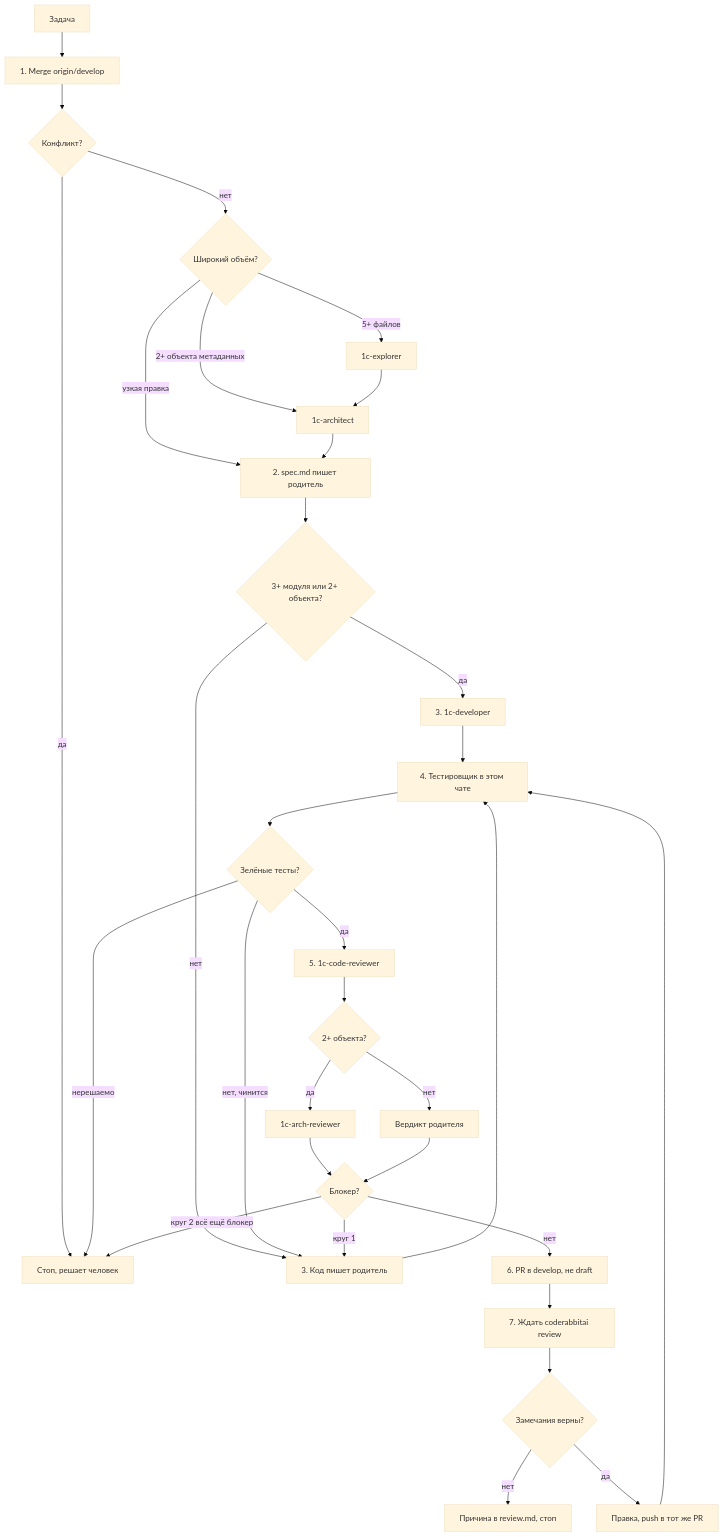
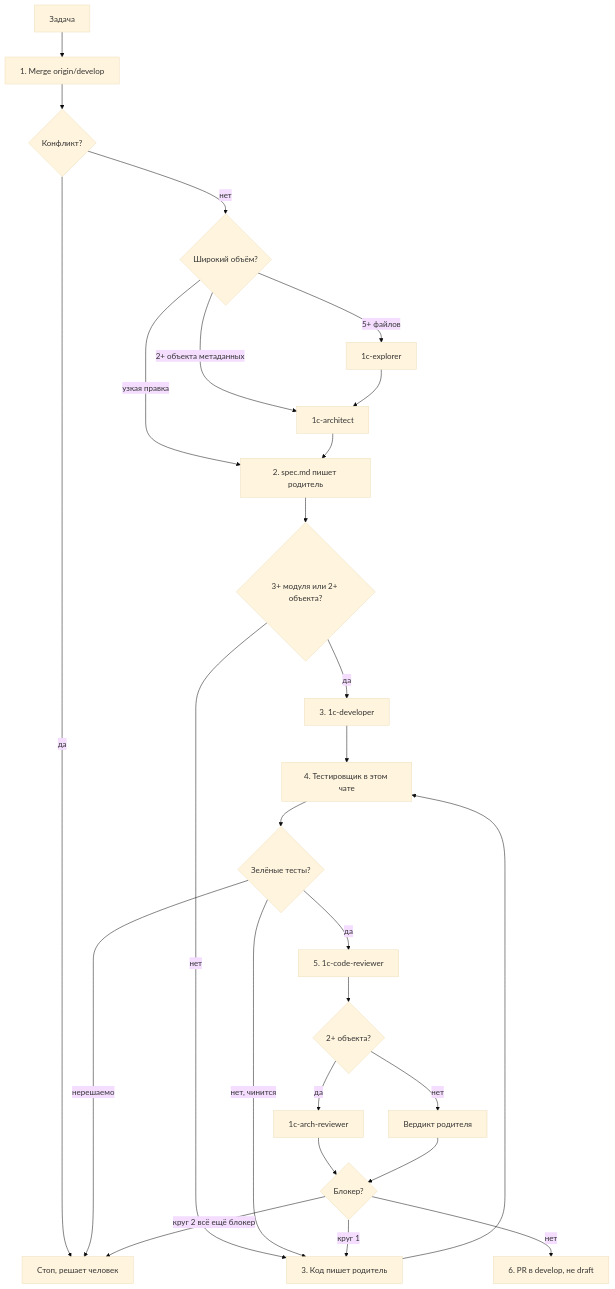
Before and after one commit to firstBitSportivnaya/PSSL: the diagram in .cursor/skills/pssl-pr-flow/SKILL.md, drawn with Mermaid (base theme). The commit also changed other lines of this file and 7 other files, not shown here.

````diff
--- a/.cursor/skills/pssl-pr-flow/SKILL.md
+++ b/.cursor/skills/pssl-pr-flow/SKILL.md
@@ -22,34 +22,29 @@
 ```mermaid
 graph TB
   A["Задача"] --> B["1. Merge origin/develop"]
   B --> C{"Конфликт?"}
   C -->|да| Z["Стоп, решает человек"]
   C -->|нет| D{"Широкий объём?"}
   D -->|"5+ файлов"| E["1c-explorer"]
   D -->|"2+ объекта метаданных"| F["1c-architect"]
   D -->|узкая правка| G["2. spec.md пишет родитель"]
   E --> F
   F --> G
   G --> H{"3+ модуля или 2+ объекта?"}
   H -->|да| I["3. 1c-developer"]
   H -->|нет| J["3. Код пишет родитель"]
   I --> K["4. Тестировщик в этом чате"]
   J --> K
   K --> L{"Зелёные тесты?"}
   L -->|нет, чинится| J
   L -->|нерешаемо| Z
   L -->|да| M["5. 1c-code-reviewer"]
   M --> N{"2+ объекта?"}
   N -->|да| O["1c-arch-reviewer"]
   N -->|нет| P["Вердикт родителя"]
   O --> Q{"Блокер?"}
   P --> Q
   Q -->|"круг 1"| J
   Q -->|"круг 2 всё ещё блокер"| Z
   Q -->|нет| R["6. PR в develop, не draft"]
-  R --> S["7. Ждать coderabbitai review"]
-  S --> T{"Замечания верны?"}
-  T -->|нет| U["Причина в review.md, стоп"]
-  T -->|да| V["Правка, push в тот же PR"]
-  V --> K
 ```
````
